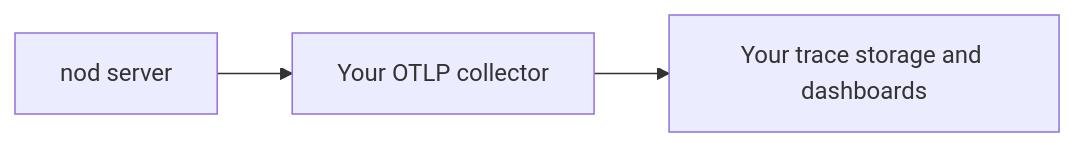
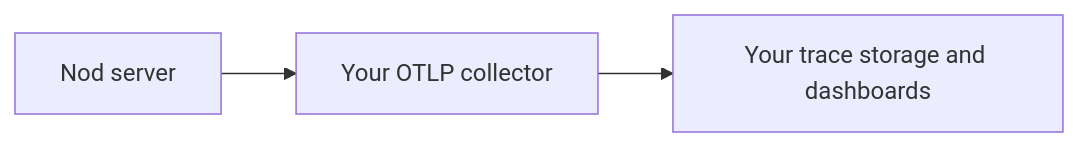
The second of 2 diagrams in docs/src/content/docs/deploy/configuration.md (KrishBhimani/nod), drawn with Mermaid before and after one commit. The commit also changed other lines of this file and 275 other files, not shown here.

````diff
--- a/docs/src/content/docs/deploy/configuration.md
+++ b/docs/src/content/docs/deploy/configuration.md
@@ -196,5 +196,5 @@
 ```mermaid
 flowchart LR
-  nod[nod server] --> collector[Your OTLP collector]
+  Nod[Nod server] --> collector[Your OTLP collector]
   collector --> storage[Your trace storage and dashboards]
 ```
````
